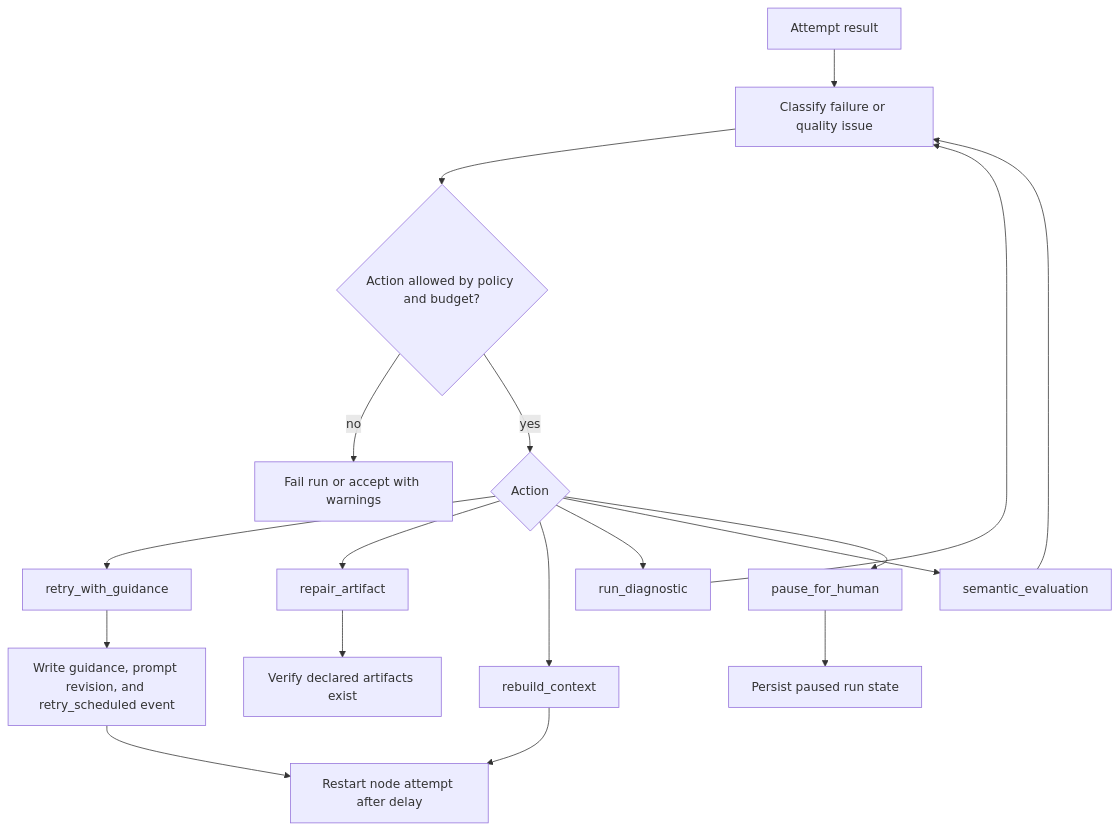
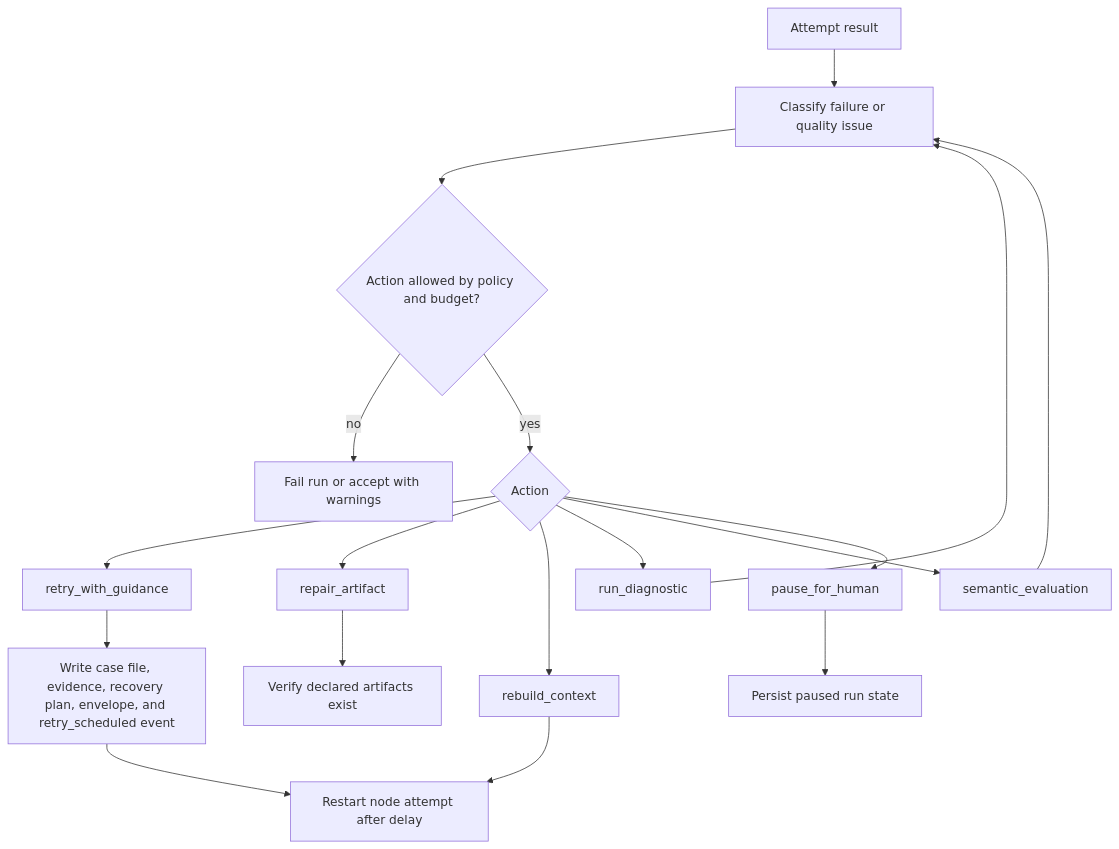
Before and after one commit to koji98/agentflow: the third of 3 diagrams in docs/technical-implementation/runtime-lifecycle.md, drawn with Mermaid. The commit also changed other lines of this file and 35 other files, not shown here.

````diff
--- a/docs/technical-implementation/runtime-lifecycle.md
+++ b/docs/technical-implementation/runtime-lifecycle.md
@@ -101,20 +101,20 @@
 ```mermaid
 flowchart TD
   result["Attempt result"] --> classify["Classify failure or quality issue"]
   classify --> budget{"Action allowed by policy and budget?"}
   budget -- no --> fail["Fail run or accept with warnings"]
   budget -- yes --> action{"Action"}
   action --> retry["retry_with_guidance"]
   action --> repair["repair_artifact"]
   action --> rebuild["rebuild_context"]
   action --> diagnostic["run_diagnostic"]
   action --> semantic["semantic_evaluation"]
   action --> pause["pause_for_human"]
-  retry --> schedule["Write guidance, prompt revision, and retry_scheduled event"]
+  retry --> schedule["Write case file, evidence, recovery plan, envelope, and retry_scheduled event"]
   schedule --> rerun["Restart node attempt after delay"]
   repair --> verify["Verify declared artifacts exist"]
   rebuild --> rerun
   diagnostic --> classify
   semantic --> classify
   pause --> persisted["Persist paused run state"]
 ```
````
